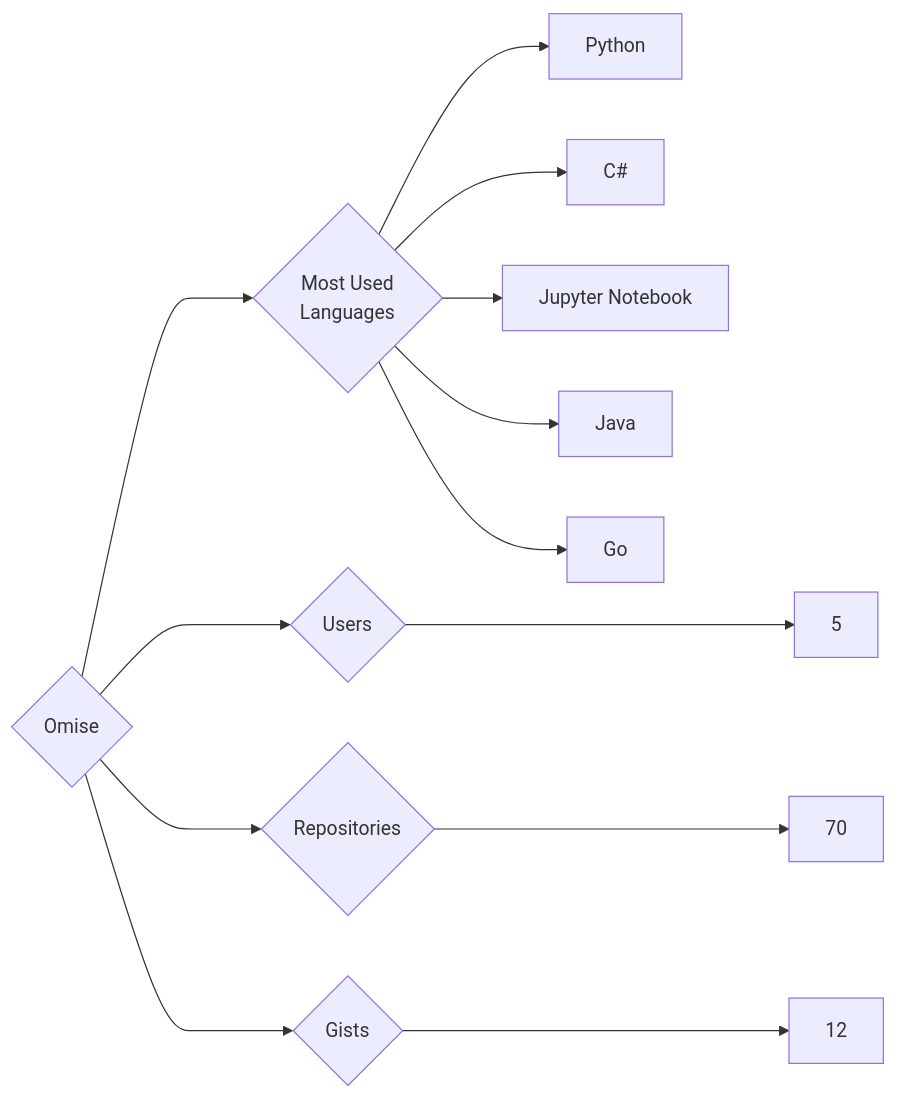
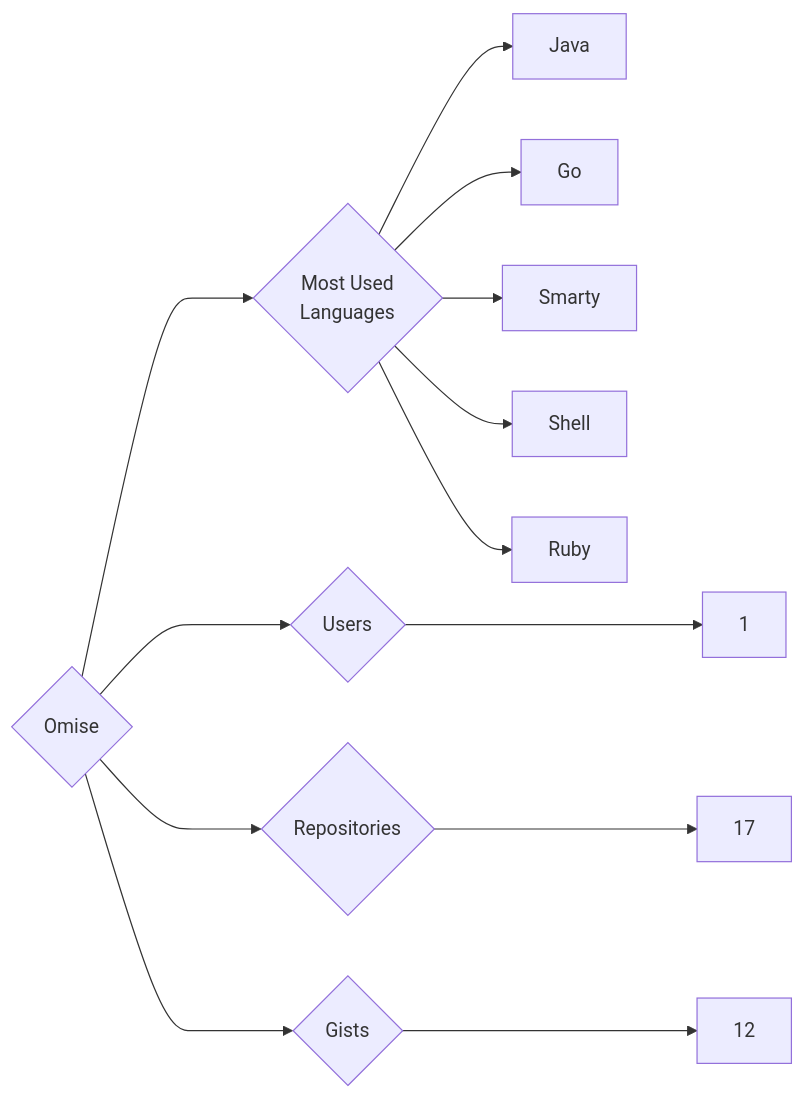
One commit to trickest/insiders changed the diagram in targets/Omise/README.md. Above: the diagram before and after it, drawn with Mermaid. The commit also changed 953 other files, not shown here.

````diff
--- a/targets/Omise/README.md
+++ b/targets/Omise/README.md
@@ -3,13 +3,13 @@
 ```mermaid
 graph LR
 COMPANY_NAME{Omise}
-COMPANY_NAME ---> U{Users} ---> UN[5]
-COMPANY_NAME ---> R{Repositories} ---> RN[70]
+COMPANY_NAME ---> U{Users} ---> UN[1]
+COMPANY_NAME ---> R{Repositories} ---> RN[17]
 COMPANY_NAME ---> G{Gists} ---> GN[12]
 COMPANY_NAME ---> ML{Most Used<br>Languages}
-ML --> Python[Python]
-ML --> C#[C#]
-ML --> Jupyter_Notebook[Jupyter Notebook]
 ML --> Java[Java]
 ML --> Go[Go]
+ML --> Smarty[Smarty]
+ML --> Shell[Shell]
+ML --> Ruby[Ruby]
 ```
````
